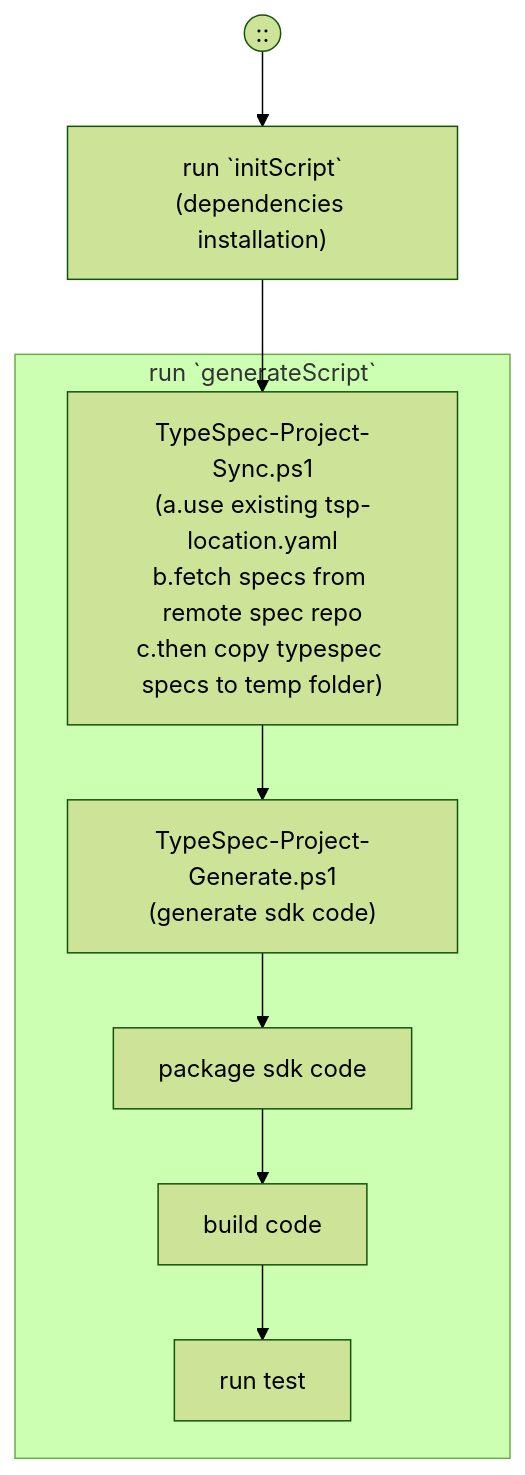
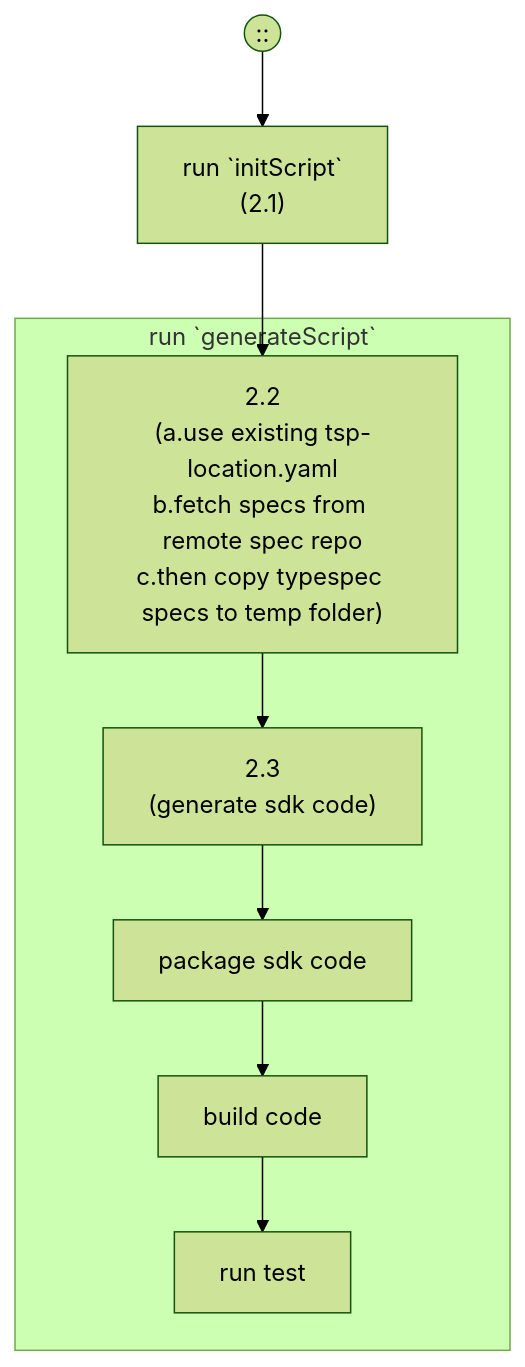
Before and after one commit to Azure/azure-rest-api-specs: the fifth of 5 diagrams in documentation/typespec-end-to-end-scenarios.md, drawn with Mermaid (forest theme). The commit also changed other lines of this file, not shown here.

Commit message:
pull out common chart of sdk generation

````diff
--- a/documentation/typespec-end-to-end-scenarios.md
+++ b/documentation/typespec-end-to-end-scenarios.md
@@ -212,24 +230,24 @@
 ```mermaid
 flowchart TD;
   classDef manualStep fill:#ffd700
   classDef automationStep fill:#7de188
   Pipeline((::))-->A
 A["run `initScript`
-(dependencies installation)"]-->C
+(2.1)"]-->C
 subgraph B["run `generateScript`"]
   C
   D
   E
   F
   G
 end
-C["TypeSpec-Project-Sync.ps1
+C["2.2
 (a.use existing tsp-location.yaml
 b.fetch specs from remote spec repo
 c.then copy typespec specs to temp folder)"]-->D
-D["TypeSpec-Project-Generate.ps1
+D["2.3
 (generate sdk code)"]-->E
 E["package sdk code"]-->F
 F["build code"]-->G
 G["run test"]
 ```
````
